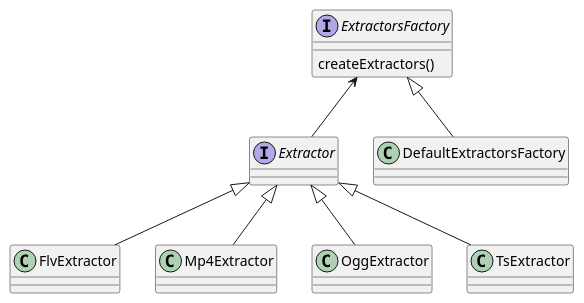
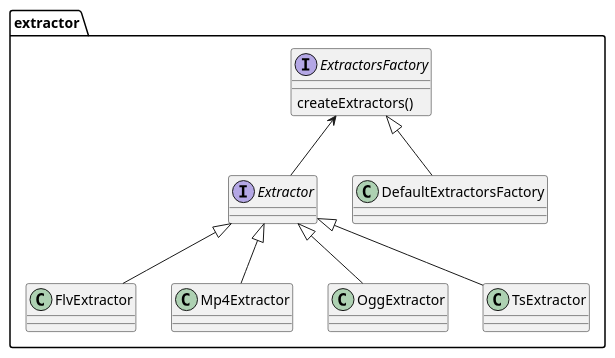
Before and after one commit to tdounnyy/exoplayer_note: the diagram in uml/extractor.puml, drawn with PlantUML. The commit also changed 4 other files, not shown here.

```diff
--- a/uml/extractor.puml
+++ b/uml/extractor.puml
@@ -1,21 +1,25 @@
 @startuml
 'Extracts media data from a container format
+package extractor {
+
 interface Extractor
 class FlvExtractor
 class Mp4Extractor
 class OggExtractor
 class TsExtractor
 
 interface ExtractorsFactory {
     createExtractors()
 }
 class DefaultExtractorsFactory
 
 Extractor <|-- FlvExtractor
 Extractor <|-- Mp4Extractor
 Extractor <|-- OggExtractor
 Extractor <|-- TsExtractor
 
 ExtractorsFactory <|-- DefaultExtractorsFactory
 ExtractorsFactory <-- Extractor
+
+}
 @enduml
```
